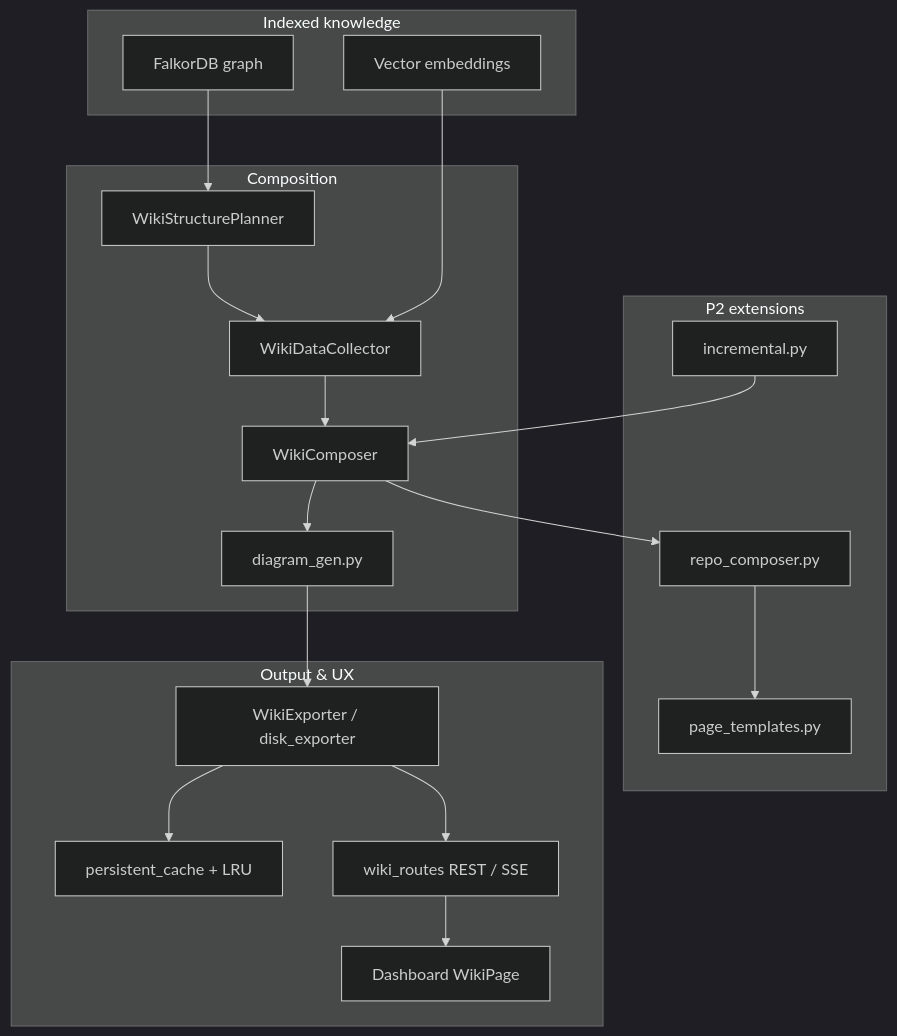
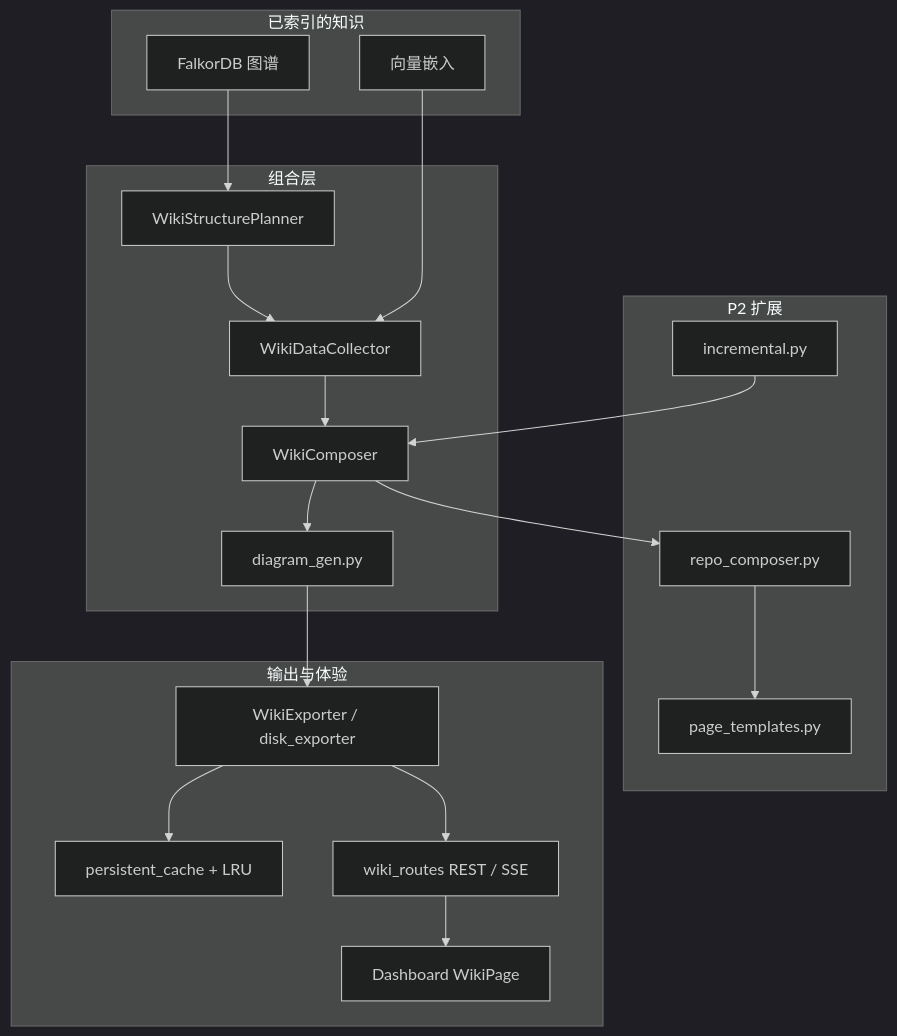
One commit to EarthChen/knowledge-base-service changed the first of 2 diagrams in docs/wiki-generation-architecture.md. Above: the diagram before and after it, drawn with Mermaid (dark theme). The commit also changed other lines of this file and 2 other files, not shown here.

````diff
--- a/docs/wiki-generation-architecture.md
+++ b/docs/wiki-generation-architecture.md
@@ -12,36 +12,36 @@
 ```mermaid
 flowchart TB
-    subgraph ingest [Indexed knowledge]
-        G[FalkorDB graph]
-        V[Vector embeddings]
+    subgraph ingest [已索引的知识]
+        G[FalkorDB 图谱]
+        V[向量嵌入]
     end
 
-    subgraph compose [Composition]
+    subgraph compose [组合层]
         P[WikiStructurePlanner]
         D[WikiDataCollector]
         C[WikiComposer]
         MG[diagram_gen.py]
     end
 
-    subgraph p2 [P2 extensions]
+    subgraph p2 [P2 扩展]
         RC[repo_composer.py]
         INC[incremental.py]
         PT[page_templates.py]
     end
 
-    subgraph out [Output & UX]
+    subgraph out [输出与体验]
         EX[WikiExporter / disk_exporter]
         PC[persistent_cache + LRU]
         API[wiki_routes REST / SSE]
         UI[Dashboard WikiPage]
     end
 
     G --> P --> D --> C --> MG --> EX
     RC --> PT
     C --> RC
     INC --> C
     V --> D
     EX --> PC
     EX --> API
     API --> UI
 ```
````
